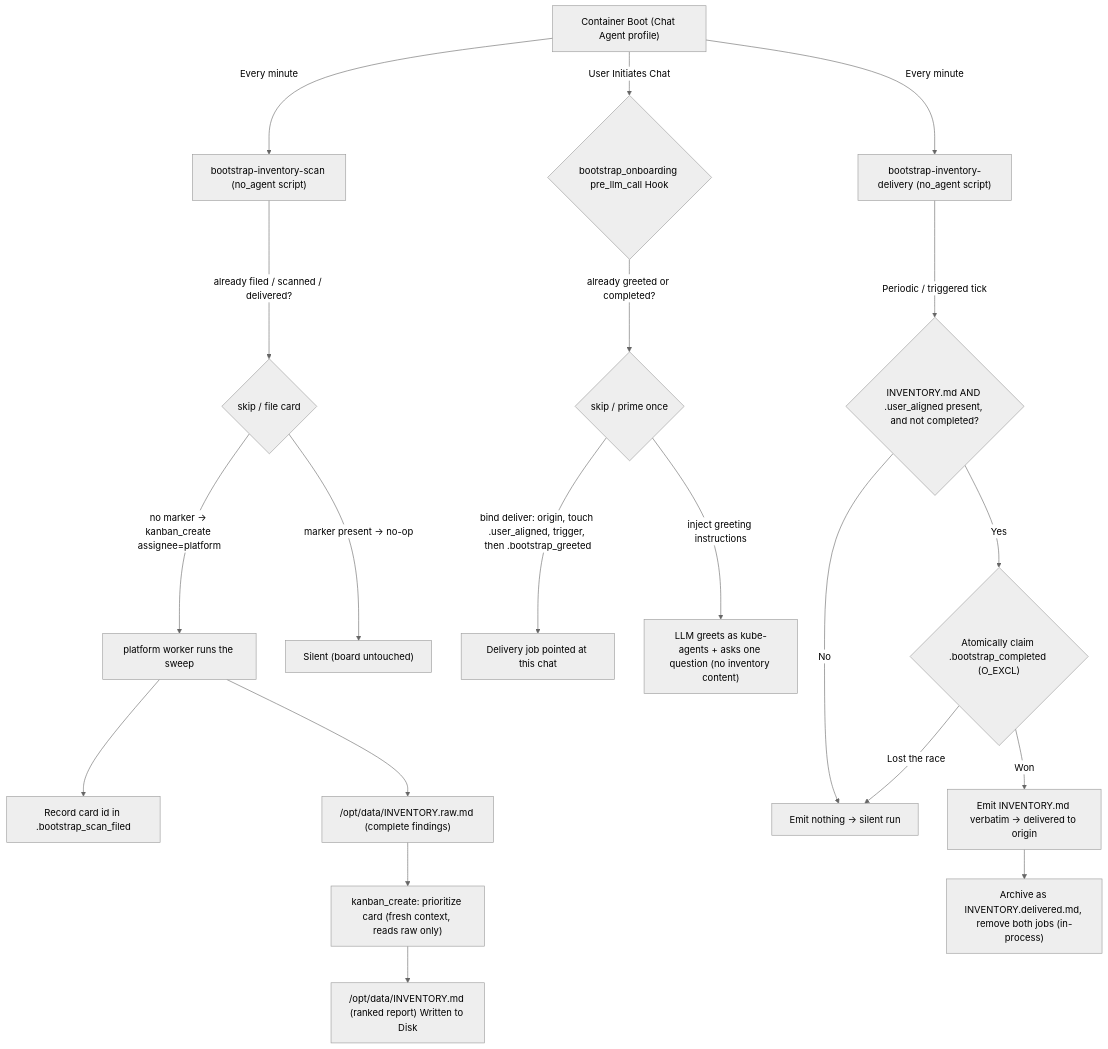
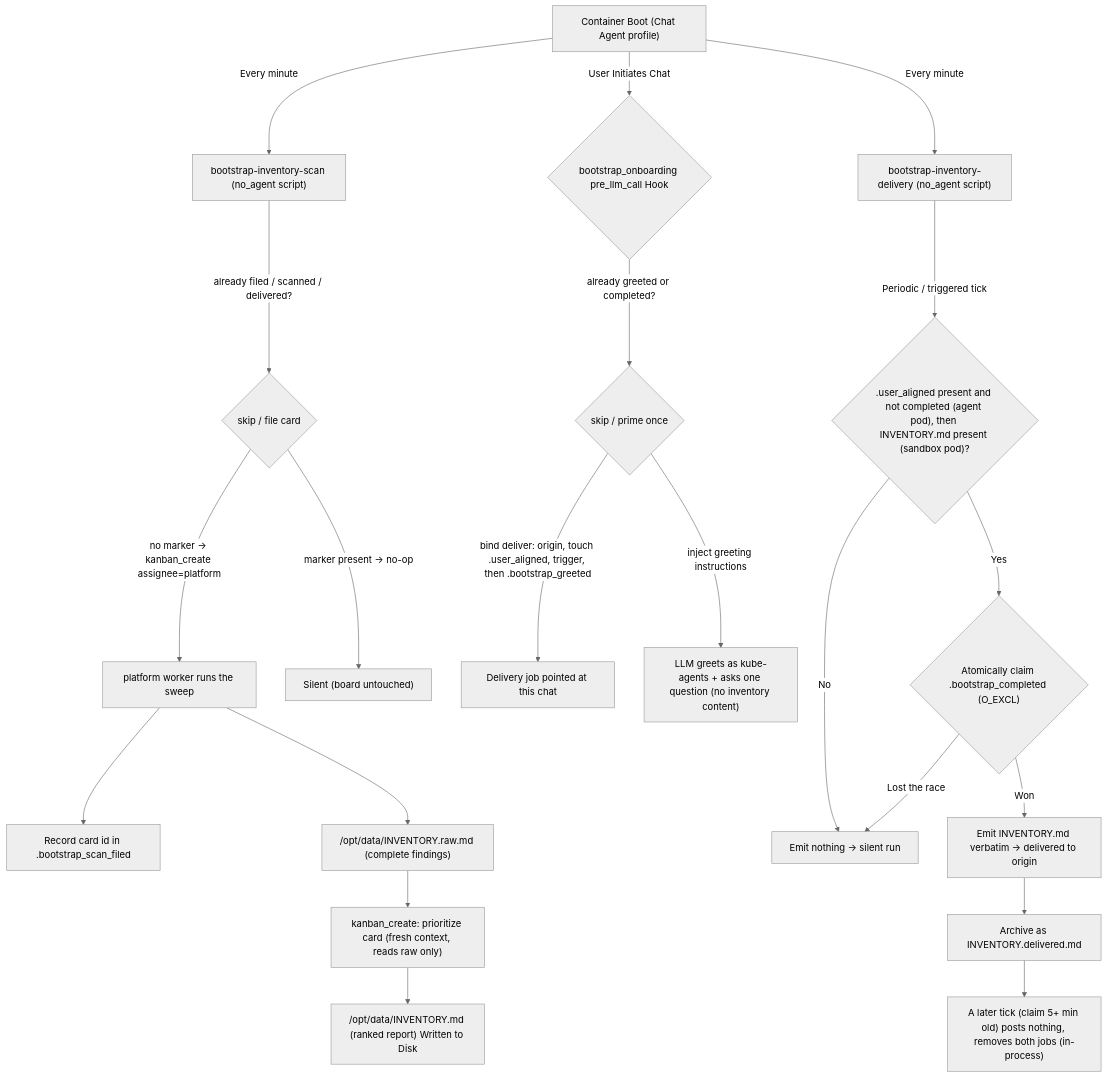
Before and after one commit to Fuxiao-Gao/kube-agents: the first of 3 diagrams in agents/chat/defaults/plugins/bootstrap_onboarding/README.md, drawn with Mermaid (neutral theme). The commit also changed other lines of this file and 35 other files, not shown here.

Commit message:
fix(onboarding): rank and deliver the onboarding inventory report from the shell sandbox (#2167)

````diff
--- a/agents/chat/defaults/plugins/bootstrap_onboarding/README.md
+++ b/agents/chat/defaults/plugins/bootstrap_onboarding/README.md
@@ -49,25 +49,26 @@
 ```mermaid
 graph TD
     A["Container Boot (Chat Agent profile)"] -->|Every minute| B["bootstrap-inventory-scan (no_agent script)"]
     A -->|Every minute| C["bootstrap-inventory-delivery (no_agent script)"]
     A -->|User Initiates Chat| D{"bootstrap_onboarding pre_llm_call Hook"}
 
     B -->|already filed / scanned / delivered?| B2{"skip / file card"}
     B2 -->|no marker -> kanban_create assignee=platform| P["platform worker runs the sweep"]
     P --> PM["Record card id in .bootstrap_scan_filed"]
     P --> R["/opt/data/INVENTORY.raw.md (complete findings)"]
     R --> Q["kanban_create: prioritize card (fresh context, reads raw only)"]
     Q --> E["/opt/data/INVENTORY.md (ranked report) Written to Disk"]
     B2 -->|marker present -> no-op| F["Silent (board untouched)"]
 
     D -->|already greeted or completed?| DG{"skip / prime once"}
     DG -->|bind deliver: origin, touch .user_aligned, trigger, then .bootstrap_greeted| G["Delivery job pointed at this chat"]
     DG -->|inject greeting instructions| H["LLM greets as kube-agents + asks one question (no inventory content)"]
 
-    C -->|Periodic / triggered tick| I{"INVENTORY.md AND .user_aligned present, and not completed?"}
+    C -->|Periodic / triggered tick| I{".user_aligned present and not completed (agent pod), then INVENTORY.md present (sandbox pod)?"}
     I -->|No| J["Emit nothing -> silent run"]
     I -->|Yes| CL{"Atomically claim .bootstrap_completed (O_EXCL)"}
     CL -->|Lost the race| J
     CL -->|Won| K["Emit INVENTORY.md verbatim -> delivered to origin"]
-    K --> L["Archive as INVENTORY.delivered.md, remove both jobs (in-process)"]
+    K --> L["Archive as INVENTORY.delivered.md"]
+    L --> RT["A later tick (claim 5+ min old) posts nothing, removes both jobs (in-process)"]
 ```
````
